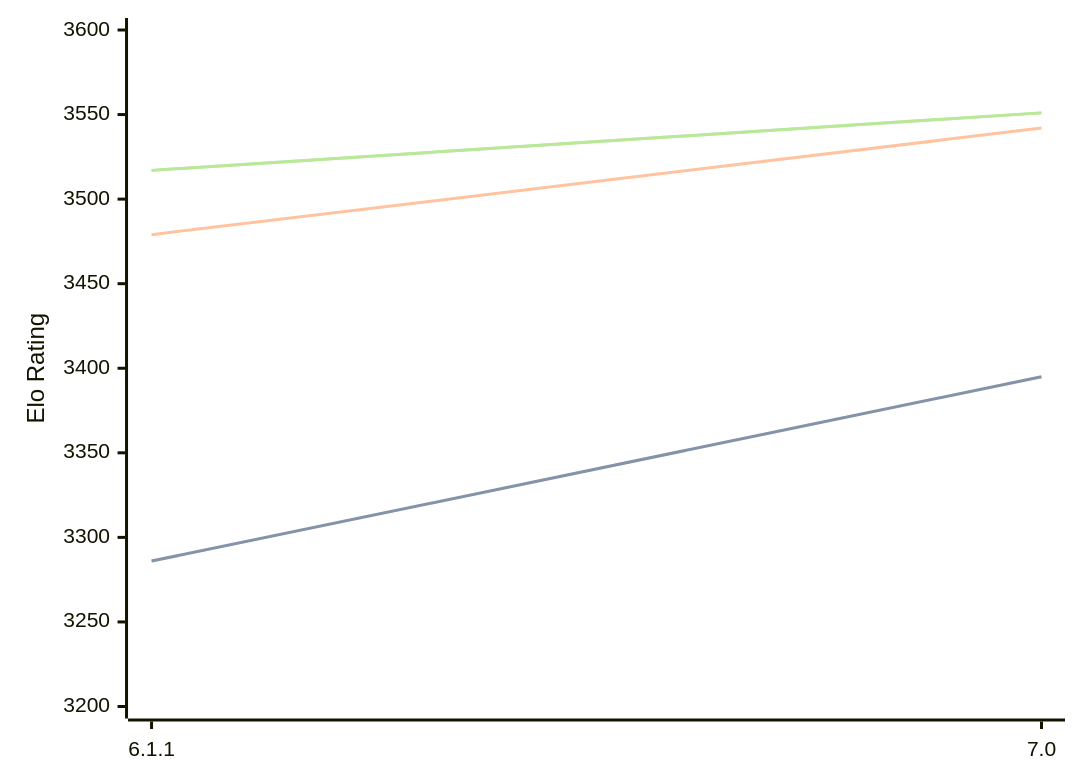
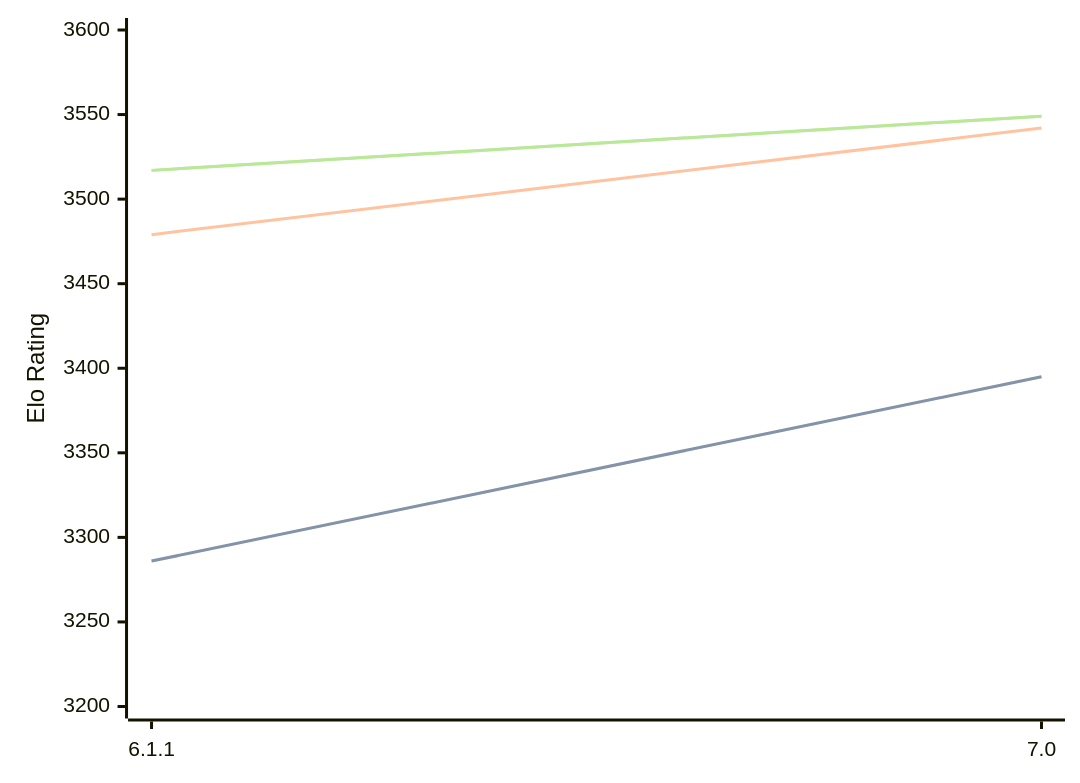
One commit to computer-chess-index/cci changed the diagram in engines/Astra.md. Above: the diagram before and after it, drawn with Mermaid. The commit also changed other lines of this file, not shown here.

Commit message:
Update CCI Ratings (ELO VLTC) - 2026-09-12

````diff
--- a/engines/Astra.md
+++ b/engines/Astra.md
@@ -32,11 +32,11 @@
 ```mermaid
 %%{init: {"theme":"base","themeVariables":{"seriesColors:['#a3a3a3','#222221','#faa371']}}}%%
 xychart-beta
   x-axis ["6.1.1", "7.0"]
   y-axis "Elo Rating" 3200 --> 3600
   line "" [3286, 3395]
   line "STC (8.0+0.08s)" [3286, 3395]
   line "LTC (60.0+0.60s)" [3479, 3542]
-  line "" [3517, 3551]
-  line "VLTC (2m24s+1.12s)" [3517, 3551]
+  line "" [3517, 3549]
+  line "VLTC (2m24s+1.12s)" [3517, 3549]
 ```
````
